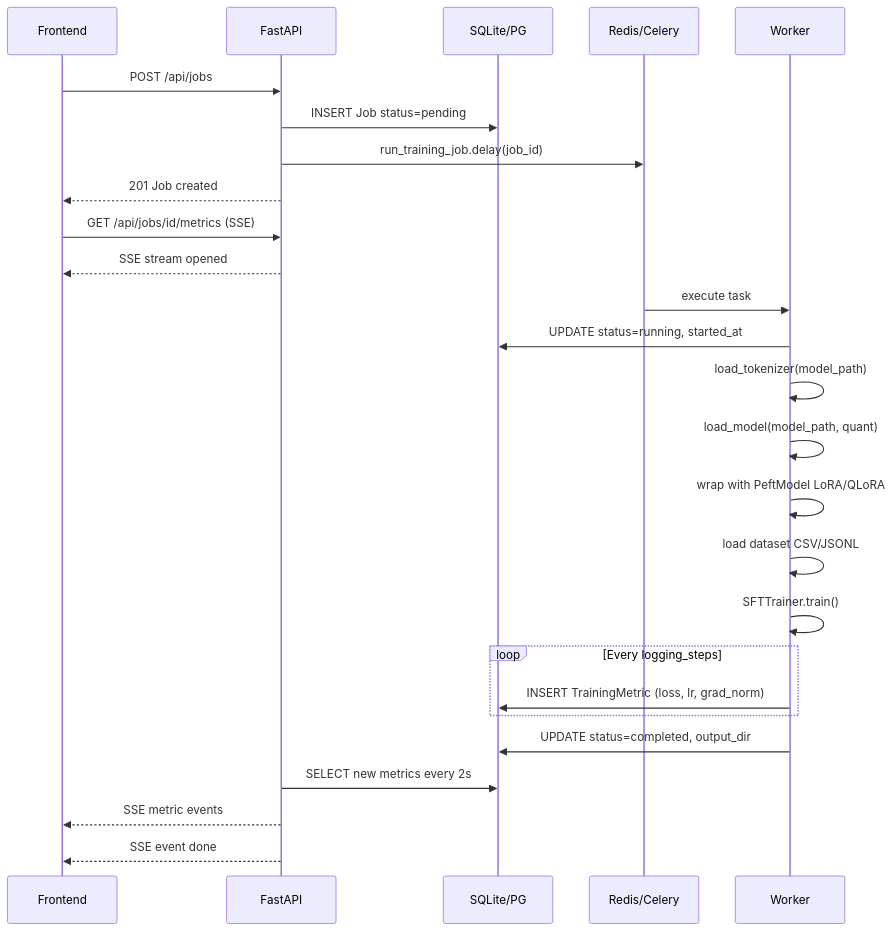
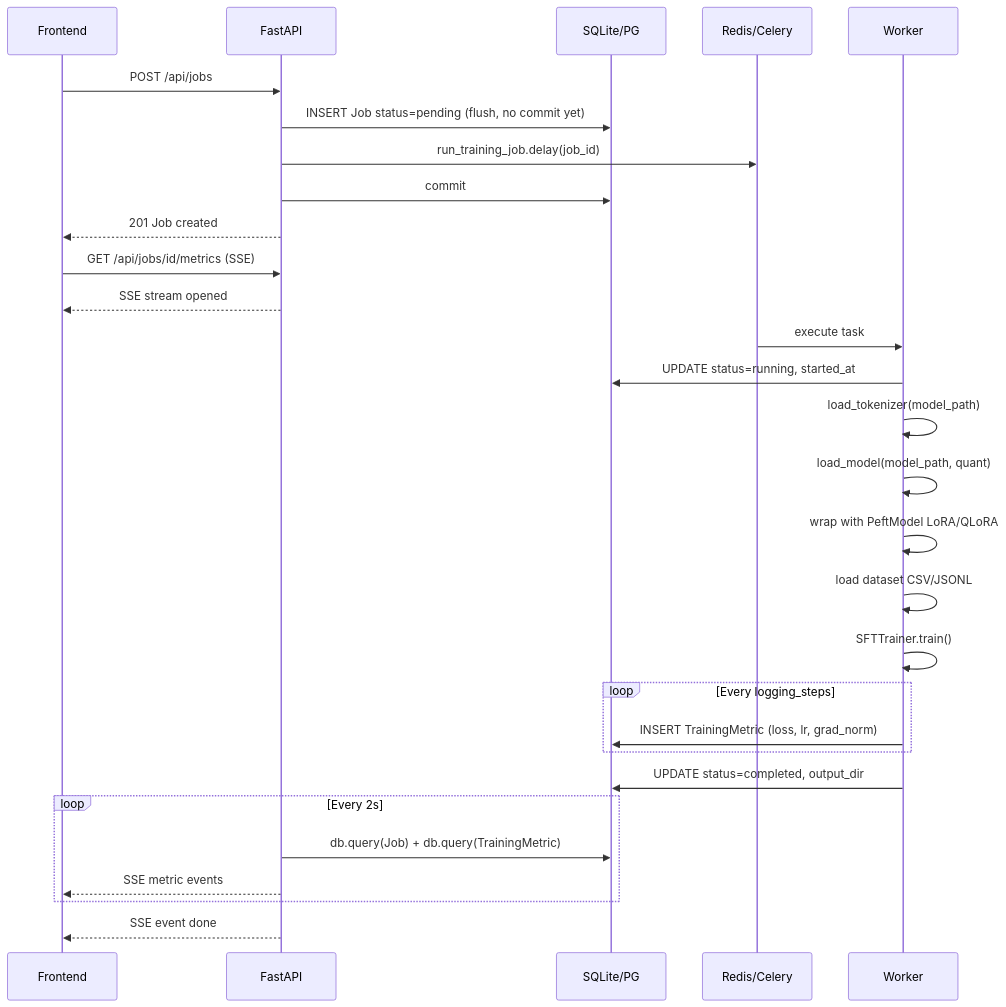
One commit to williamcheong0616/training_pipeline_dashboard changed the second of 8 diagrams in docs/SYSTEM_FLOW.md. Above: the diagram before and after it, drawn with Mermaid. The commit also changed other lines of this file and 6 other files, not shown here.

````diff
--- a/docs/SYSTEM_FLOW.md
+++ b/docs/SYSTEM_FLOW.md
@@ -86,34 +88,37 @@
 ```mermaid
 sequenceDiagram
     participant UI as Frontend
     participant API as FastAPI
     participant DB as SQLite/PG
     participant Q as Redis/Celery
     participant W as Worker
 
     UI->>API: POST /api/jobs
-    API->>DB: INSERT Job status=pending
+    API->>DB: INSERT Job status=pending (flush, no commit yet)
     API->>Q: run_training_job.delay(job_id)
+    API->>DB: commit
     API-->>UI: 201 Job created
 
     UI->>API: GET /api/jobs/id/metrics (SSE)
     API-->>UI: SSE stream opened
 
     Q->>W: execute task
     W->>DB: UPDATE status=running, started_at
     W->>W: load_tokenizer(model_path)
     W->>W: load_model(model_path, quant)
     W->>W: wrap with PeftModel LoRA/QLoRA
     W->>W: load dataset CSV/JSONL
     W->>W: SFTTrainer.train()
 
     loop Every logging_steps
         W->>DB: INSERT TrainingMetric (loss, lr, grad_norm)
     end
 
     W->>DB: UPDATE status=completed, output_dir
 
-    API->>DB: SELECT new metrics every 2s
-    API-->>UI: SSE metric events
+    loop Every 2s
+        API->>DB: db.query(Job) + db.query(TrainingMetric)
+        API-->>UI: SSE metric events
+    end
     API-->>UI: SSE event done
 ```
````
